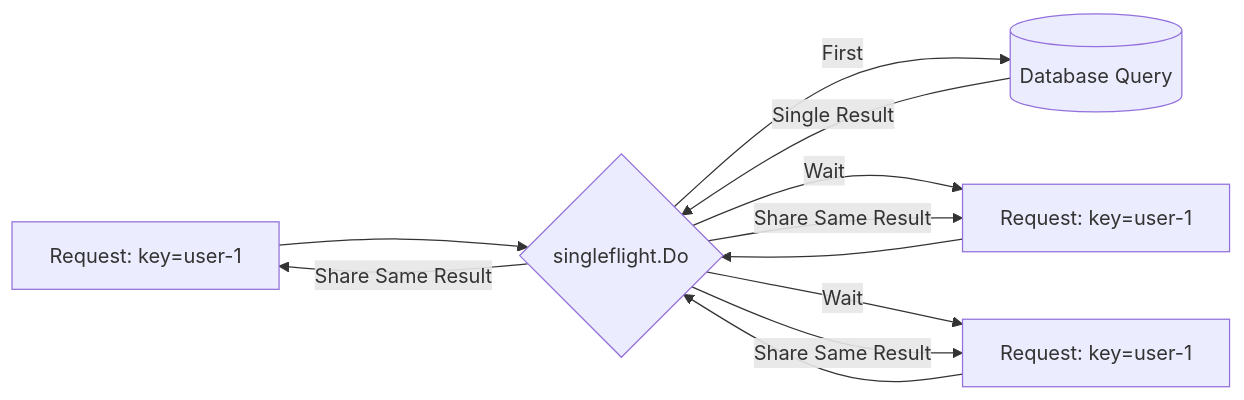
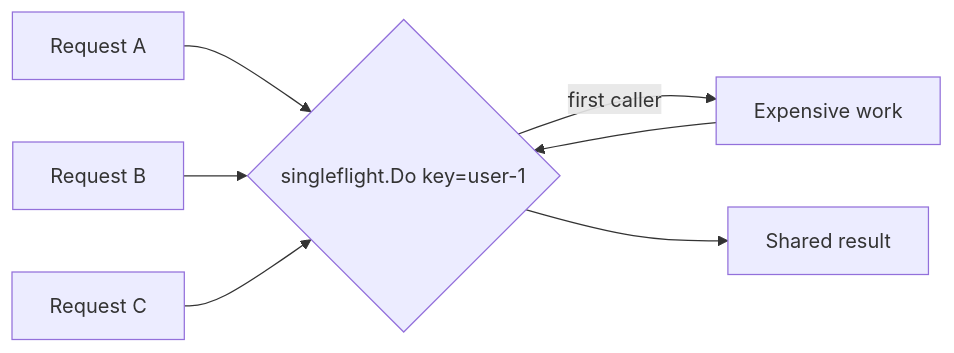
One commit to syahputrawork98-sketch/Golang-Knowledge-Base changed the diagram in RAK-03-evolution/SR-03-concurrency/BK-03-resilience/CH-03-singleflight/README.md. Above: the diagram before and after it, drawn with Mermaid. The commit also changed other lines of this file and 61 other files, not shown here.

````diff
--- a/RAK-03-evolution/SR-03-concurrency/BK-03-resilience/CH-03-singleflight/README.md
+++ b/RAK-03-evolution/SR-03-concurrency/BK-03-resilience/CH-03-singleflight/README.md
@@ -37,15 +35,9 @@
 ```mermaid
 graph LR
-    R1[Request: key=user-1] --> SF{singleflight.Do}
-    R2[Request: key=user-1] --> SF
-    R3[Request: key=user-1] --> SF
-    
-    SF -->|First| DB[(Database Query)]
-    SF -->|Wait| R2
-    SF -->|Wait| R3
-    
-    DB -->|Single Result| SF
-    SF -->|Share Same Result| R1
-    SF -->|Share Same Result| R2
-    SF -->|Share Same Result| R3
+    R1[Request A] --> SF{singleflight.Do key=user-1}
+    R2[Request B] --> SF
+    R3[Request C] --> SF
+    SF -->|first caller| Work[Expensive work]
+    Work --> SF
+    SF --> Shared[Shared result]
 ```
````
